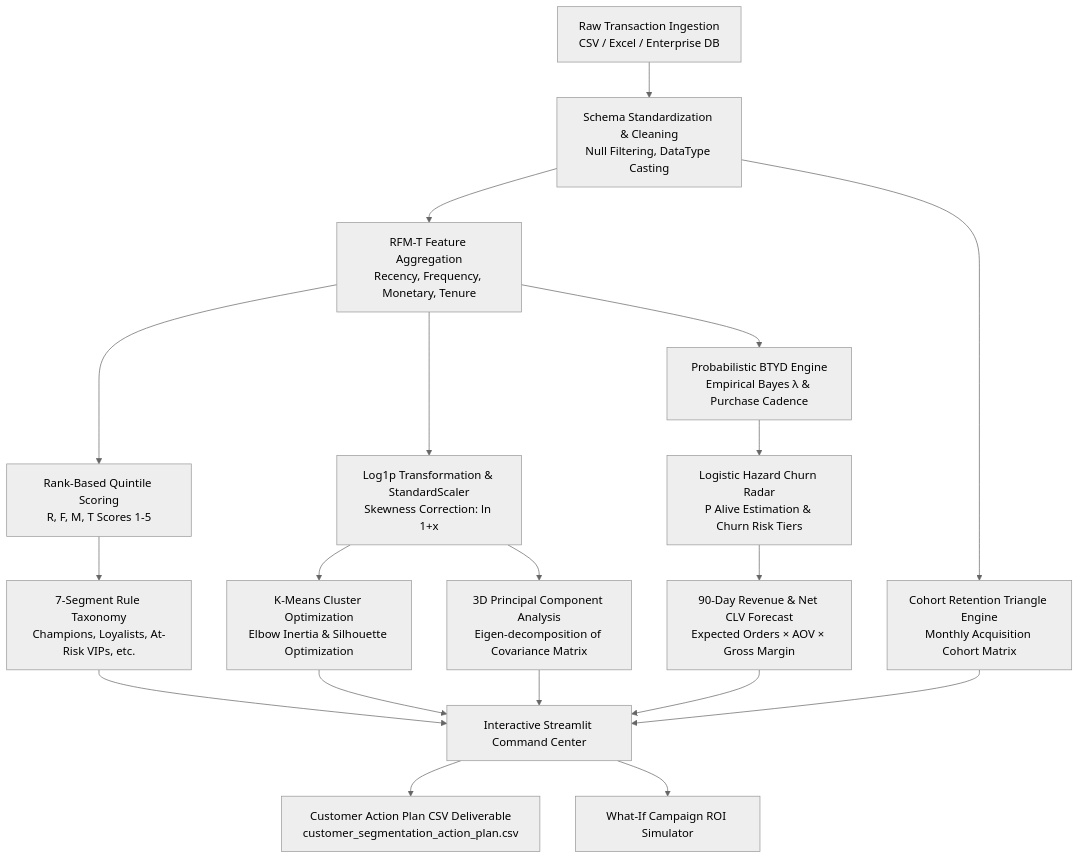
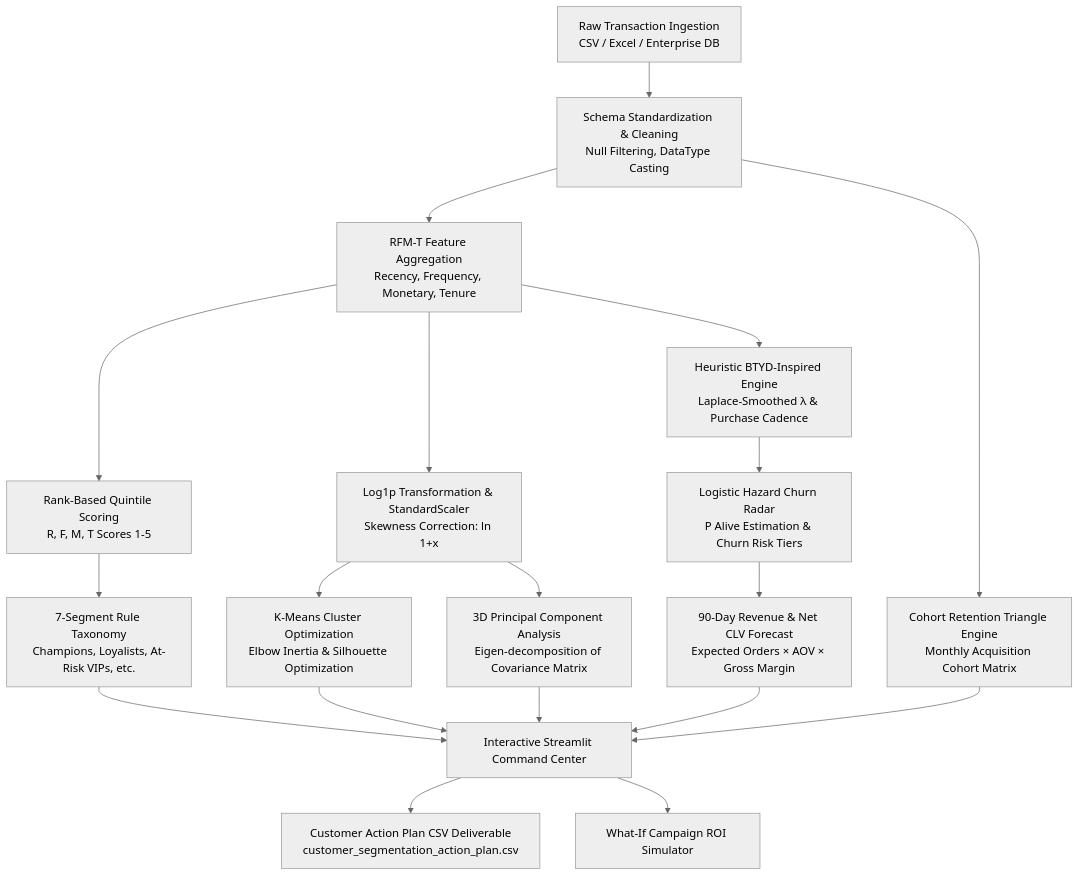
Before and after one commit to shambo1597-afk/rfm-customer-intelligence-engine: the diagram in README.md, drawn with Mermaid (neutral theme). The commit also changed other lines of this file and 12 other files, not shown here.

````diff
--- a/README.md
+++ b/README.md
@@ -62,27 +67,27 @@
 ```mermaid
 flowchart TD
     A[Raw Transaction Ingestion<br/>CSV / Excel / Enterprise DB] --> B[Schema Standardization & Cleaning<br/>Null Filtering, DataType Casting]
     B --> C[RFM-T Feature Aggregation<br/>Recency, Frequency, Monetary, Tenure]
     
     C --> D[Rank-Based Quintile Scoring<br/>R, F, M, T Scores 1-5]
     D --> E[7-Segment Rule Taxonomy<br/>Champions, Loyalists, At-Risk VIPs, etc.]
     
     C --> F[Log1p Transformation & StandardScaler<br/>Skewness Correction: ln 1+x]
     F --> G[K-Means Cluster Optimization<br/>Elbow Inertia & Silhouette Optimization]
     F --> H[3D Principal Component Analysis<br/>Eigen-decomposition of Covariance Matrix]
     
-    C --> I[Probabilistic BTYD Engine<br/>Empirical Bayes λ & Purchase Cadence]
+    C --> I[Heuristic BTYD-Inspired Engine<br/>Laplace-Smoothed λ & Purchase Cadence]
     I --> J[Logistic Hazard Churn Radar<br/>P Alive Estimation & Churn Risk Tiers]
     J --> K[90-Day Revenue & Net CLV Forecast<br/>Expected Orders × AOV × Gross Margin]
     
     B --> L[Cohort Retention Triangle Engine<br/>Monthly Acquisition Cohort Matrix]
     
     E --> M[Interactive Streamlit Command Center]
     G --> M
     H --> M
     K --> M
     L --> M
     
     M --> N[Customer Action Plan CSV Deliverable<br/>customer_segmentation_action_plan.csv]
     M --> O[What-If Campaign ROI Simulator]
 ```
````
